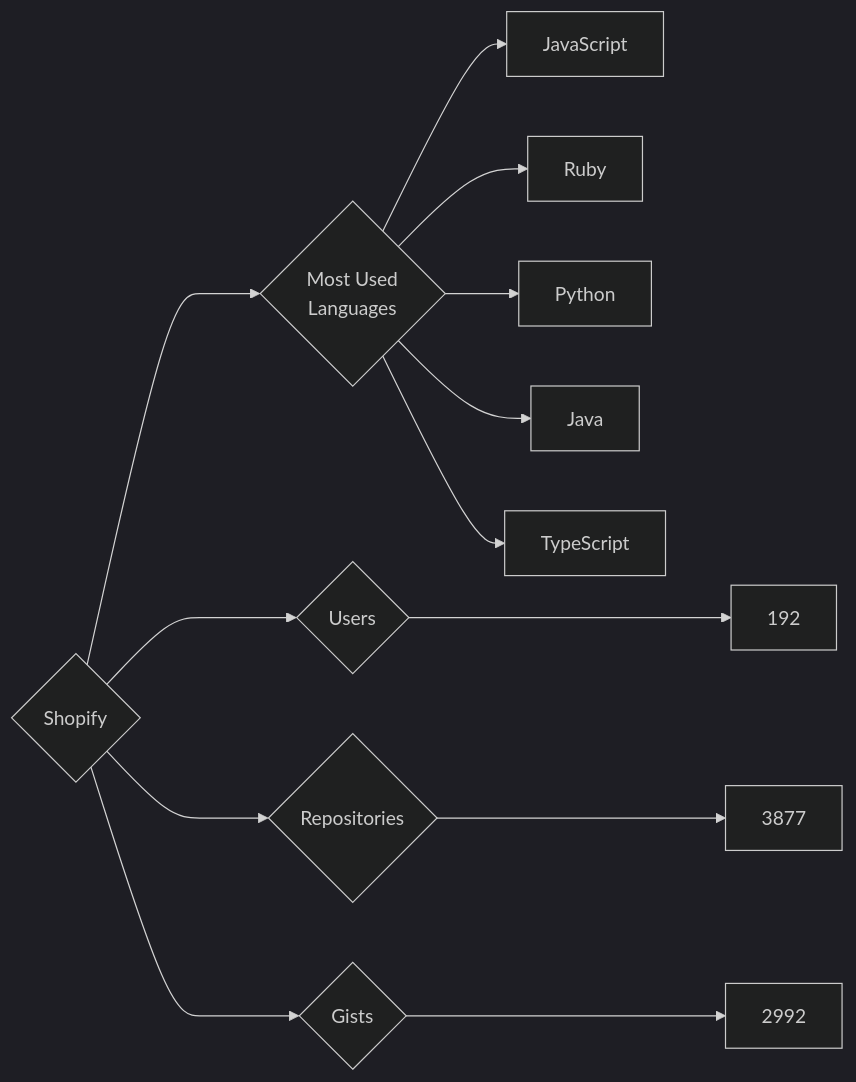
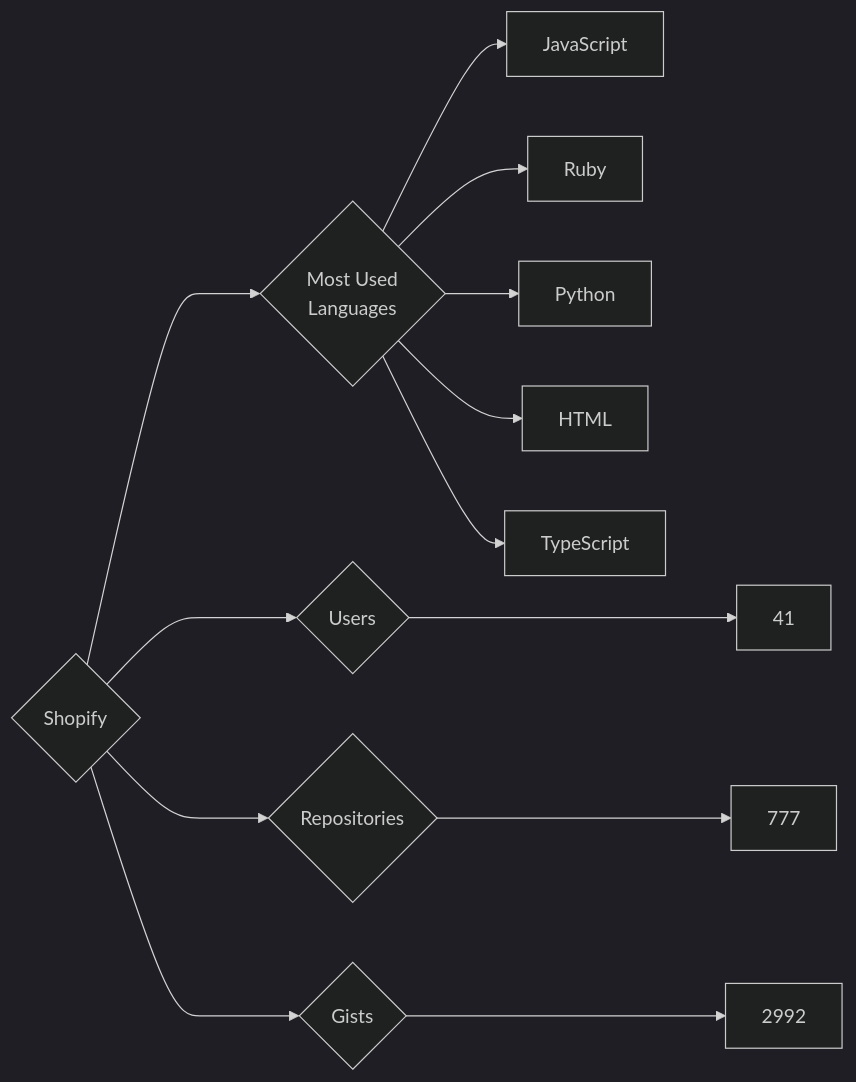
Before and after one commit to trickest/insiders: the diagram in targets/Shopify/README.md, drawn with Mermaid (dark theme). The commit also changed 895 other files, not shown here.

````diff
--- a/targets/Shopify/README.md
+++ b/targets/Shopify/README.md
@@ -3,13 +3,13 @@
 ```mermaid
 graph LR
 COMPANY_NAME{Shopify}
-COMPANY_NAME ---> U{Users} ---> UN[192]
-COMPANY_NAME ---> R{Repositories} ---> RN[3877]
+COMPANY_NAME ---> U{Users} ---> UN[41]
+COMPANY_NAME ---> R{Repositories} ---> RN[777]
 COMPANY_NAME ---> G{Gists} ---> GN[2992]
 COMPANY_NAME ---> ML{Most Used<br>Languages}
 ML --> JavaScript[JavaScript]
 ML --> Ruby[Ruby]
 ML --> Python[Python]
-ML --> Java[Java]
+ML --> HTML[HTML]
 ML --> TypeScript[TypeScript]
 ```
````
